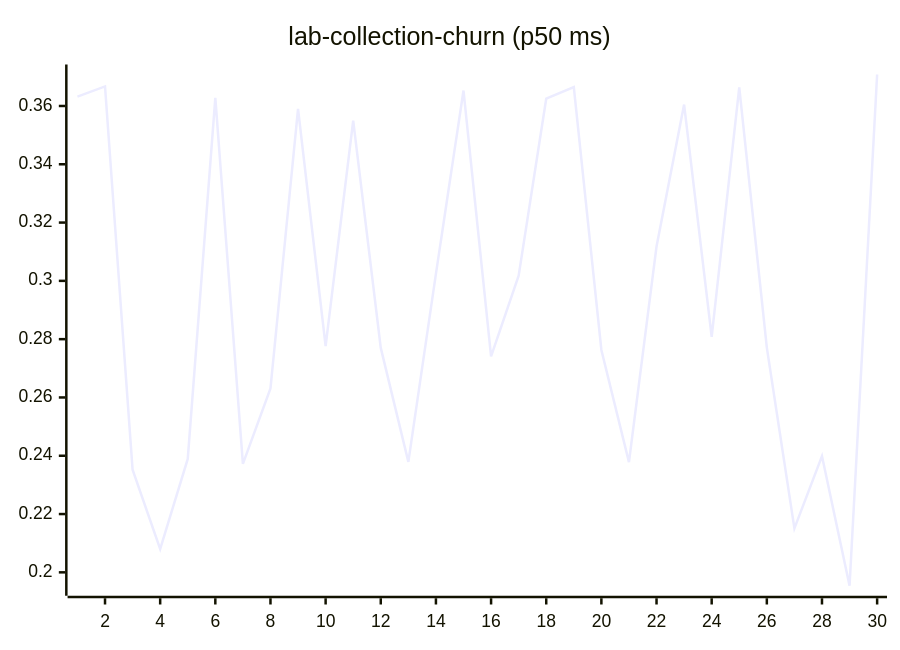
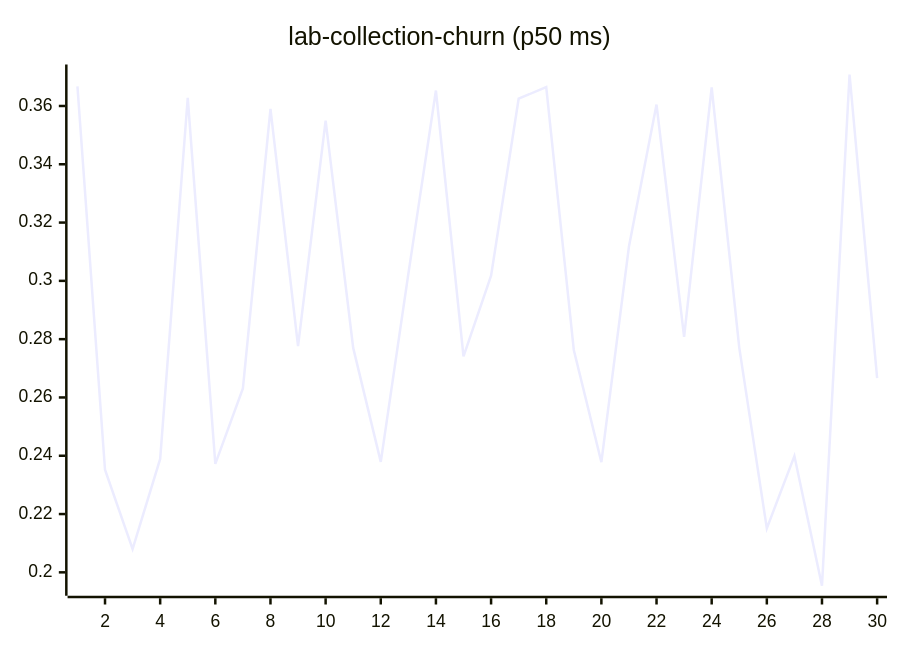
Diagram 11 of 27 in README.md (josha/Facet), drawn with Mermaid before and after one commit. The commit also changed other lines of this file and 2 other files, not shown here.

````diff
--- a/README.md
+++ b/README.md
@@ -133,6 +133,6 @@
 ```mermaid
 xychart-beta
     title "lab-collection-churn (p50 ms)"
     x-axis 1 --> 30
-    line [0.3632, 0.3667, 0.2352, 0.2080, 0.2389, 0.3628, 0.2372, 0.2631, 0.3590, 0.2776, 0.3550, 0.2770, 0.2379, 0.3024, 0.3653, 0.2741, 0.3018, 0.3625, 0.3665, 0.2763, 0.2378, 0.3118, 0.3605, 0.2808, 0.3664, 0.2771, 0.2151, 0.2399, 0.1954, 0.3708]
+    line [0.3667, 0.2352, 0.2080, 0.2389, 0.3628, 0.2372, 0.2631, 0.3590, 0.2776, 0.3550, 0.2770, 0.2379, 0.3024, 0.3653, 0.2741, 0.3018, 0.3625, 0.3665, 0.2763, 0.2378, 0.3118, 0.3605, 0.2808, 0.3664, 0.2771, 0.2151, 0.2399, 0.1954, 0.3708, 0.2666]
 ```
````
